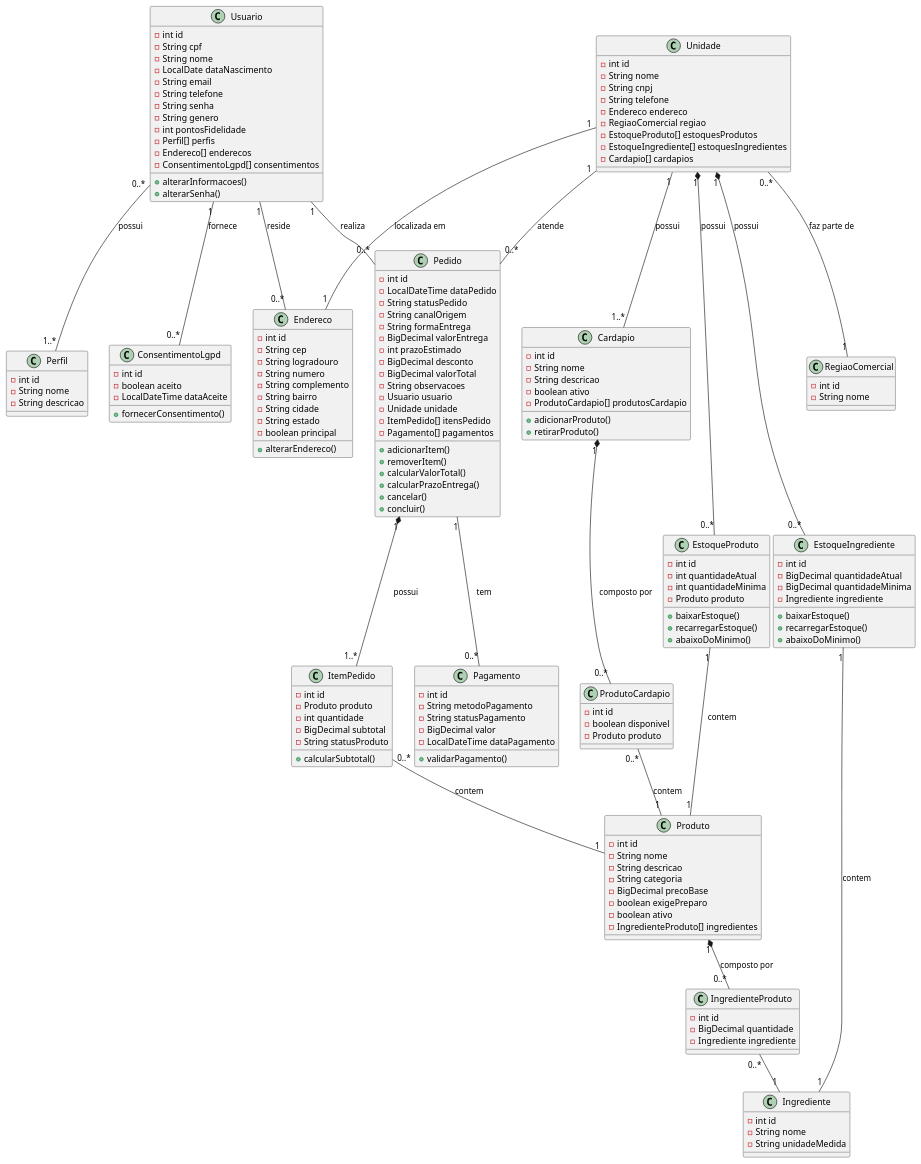
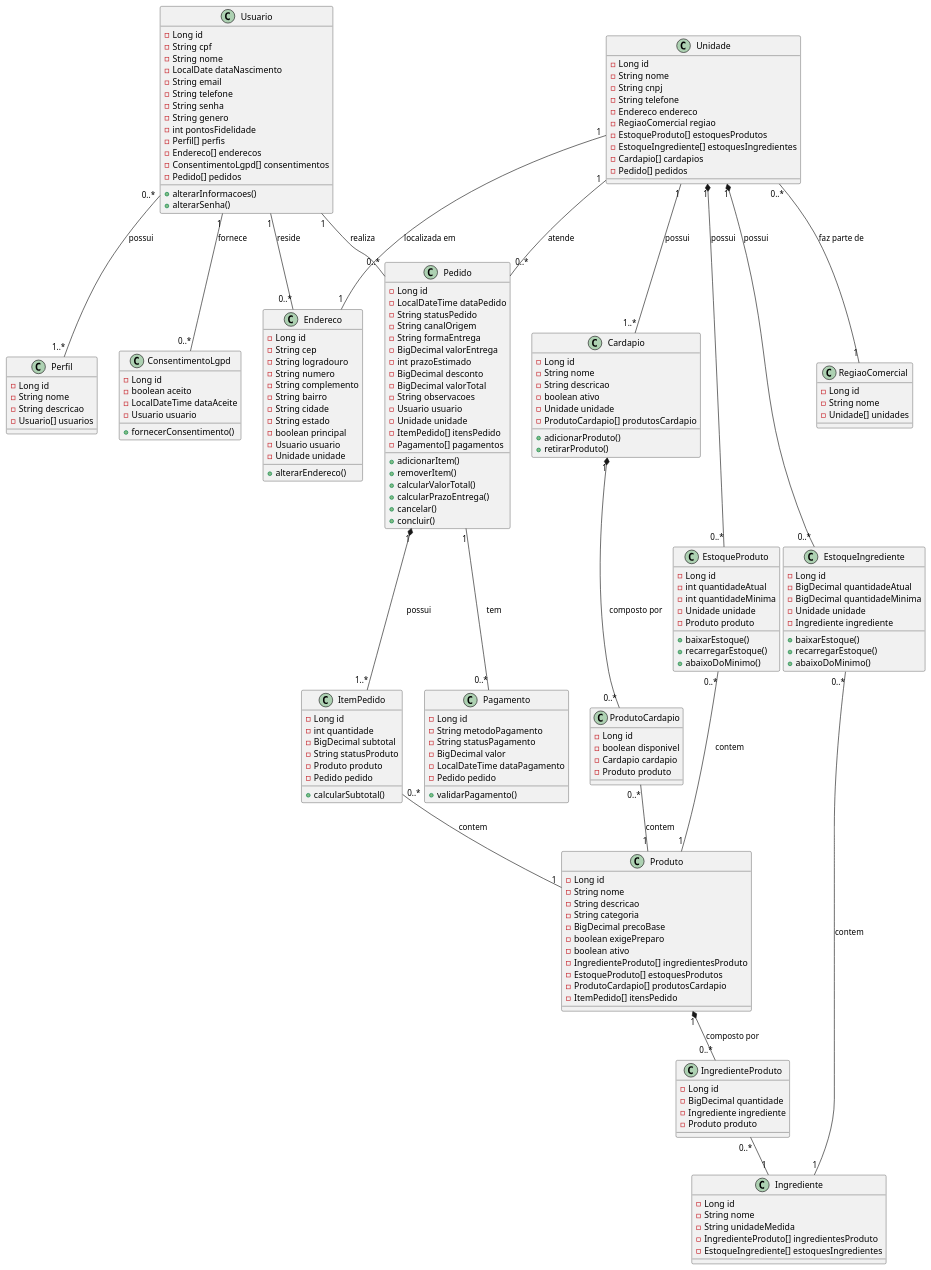
Before and after one commit to tarcisiordossantos/raizes-do-nordeste: the diagram in api/docs/diagramas/diagrama_de_classes.plantuml, drawn with PlantUML. The commit also changed 9 other files, not shown here.

Commit message:
Alterações no Diagrama de Classes e inclusão das primeiras Entidades

```diff
--- a/api/docs/diagramas/diagrama_de_classes.plantuml
+++ b/api/docs/diagramas/diagrama_de_classes.plantuml
@@ -1,175 +1,195 @@
 @startuml RaizesDoNordeste
     class Usuario{
-        -int id
+        -Long id
         -String cpf
         -String nome
         -LocalDate dataNascimento
         -String email
         -String telefone
         -String senha
         -String genero
         -int pontosFidelidade
         -Perfil[] perfis
         -Endereco[] enderecos
         -ConsentimentoLgpd[] consentimentos
+        -Pedido[] pedidos
 
         +alterarInformacoes()
         +alterarSenha()
     }
     class Perfil{
-        -int id
+        -Long id
         -String nome
         -String descricao
+        -Usuario[] usuarios
     }
     class Pedido{
-        -int id
+        -Long id
         -LocalDateTime dataPedido
         -String statusPedido
         -String canalOrigem
         -String formaEntrega
         -BigDecimal valorEntrega
         -int prazoEstimado
         -BigDecimal desconto
         -BigDecimal valorTotal
         -String observacoes
         -Usuario usuario
         -Unidade unidade
         -ItemPedido[] itensPedido
         -Pagamento[] pagamentos
 
         +adicionarItem()
         +removerItem()
         +calcularValorTotal()
         +calcularPrazoEntrega()
         +cancelar()
         +concluir()
     }
     class Pagamento{
-        -int id
+        -Long id
         -String metodoPagamento
         -String statusPagamento
         -BigDecimal valor
         -LocalDateTime dataPagamento
+        -Pedido pedido
 
         +validarPagamento()
     }
     class ItemPedido{
-        -int id
-        -Produto produto
+        -Long id
         -int quantidade
         -BigDecimal subtotal
         -String statusProduto
+        -Produto produto
+        -Pedido pedido
 
         +calcularSubtotal()
     }
     class Produto{
-        -int id 
+        -Long id 
         -String nome
         -String descricao
         -String categoria
         -BigDecimal precoBase
         -boolean exigePreparo
         -boolean ativo
-        -IngredienteProduto[] ingredientes
+        -IngredienteProduto[] ingredientesProduto
+        -EstoqueProduto[] estoquesProdutos
+        -ProdutoCardapio[] produtosCardapio
+        -ItemPedido[] itensPedido
+
     }
     class IngredienteProduto{
-        -int id
+        -Long id
         -BigDecimal quantidade
         -Ingrediente ingrediente
+        -Produto produto
     }
     class Ingrediente{
-        -int id
+        -Long id
         -String nome
         -String unidadeMedida
+        -IngredienteProduto[] ingredientesProduto
+        -EstoqueIngrediente[] estoquesIngredientes
     }
     class Unidade{
-        -int id
+        -Long id
         -String nome
         -String cnpj
         -String telefone
         -Endereco endereco
         -RegiaoComercial regiao
         -EstoqueProduto[] estoquesProdutos
         -EstoqueIngrediente[] estoquesIngredientes
         -Cardapio[] cardapios
+        -Pedido[] pedidos
     }
     class EstoqueProduto{
-        -int id
+        -Long id
         -int quantidadeAtual
         -int quantidadeMinima
+        -Unidade unidade
         -Produto produto
 
         +baixarEstoque()
         +recarregarEstoque()
         +abaixoDoMinimo()
     }
     class EstoqueIngrediente{
-        -int id
+        -Long id
         -BigDecimal quantidadeAtual
         -BigDecimal quantidadeMinima
+        -Unidade unidade
         -Ingrediente ingrediente
 
         +baixarEstoque()
         +recarregarEstoque()
         +abaixoDoMinimo()
     }
     class Cardapio{
-        -int id
+        -Long id
         -String nome
         -String descricao
         -boolean ativo
+        -Unidade unidade
         -ProdutoCardapio[] produtosCardapio
 
         +adicionarProduto()
         +retirarProduto()
     }
     class ProdutoCardapio{
-        -int id
+        -Long id
         -boolean disponivel
+        -Cardapio cardapio
         -Produto produto
     }
     class ConsentimentoLgpd{
-        -int id
+        -Long id
         -boolean aceito
         -LocalDateTime dataAceite
+        -Usuario usuario
         
         +fornecerConsentimento()
     }
     class Endereco{
-        -int id
+        -Long id
         -String cep
         -String logradouro
         -String numero
         -String complemento
         -String bairro
         -String cidade
         -String estado
         -boolean principal
+        -Usuario usuario
+        -Unidade unidade
 
         +alterarEndereco()
     }
     class RegiaoComercial{
-        -int id
+        -Long id
         -String nome
+        -Unidade[] unidades
     }
 
     Usuario "0..*" -- "1..*" Perfil : possui
     Usuario "1" -- "0..*" ConsentimentoLgpd : fornece
     Usuario "1" -- "0..*" Endereco : reside
     Usuario "1" -- "0..*" Pedido : realiza
     Unidade "1" -- "0..*" Pedido : atende
     Unidade "1" *-- "0..*" EstoqueProduto : possui
     Unidade "1" *-- "0..*" EstoqueIngrediente : possui
-    EstoqueProduto "1" -- "1" Produto : contem
-    EstoqueIngrediente "1" -- "1" Ingrediente : contem
+    EstoqueProduto "0..*" -- "1" Produto : contem
+    EstoqueIngrediente "0..*" -- "1" Ingrediente : contem
     Pedido "1" *-- "1..*" ItemPedido : possui
     Pedido "1" -- "0..*" Pagamento : tem
     ItemPedido "0..*" -- "1" Produto : contem
     Produto "1" *-- "0..*" IngredienteProduto : composto por
     IngredienteProduto "0..*" -- "1" Ingrediente
     Unidade "0..*" -- "1" RegiaoComercial : faz parte de
     Unidade "1" -- "1" Endereco : localizada em
     Unidade "1" -- "1..*" Cardapio : possui
     Cardapio "1" *-- "0..*" ProdutoCardapio :  composto por
     ProdutoCardapio "0..*" -- "1" Produto : contem
 @enduml
```
